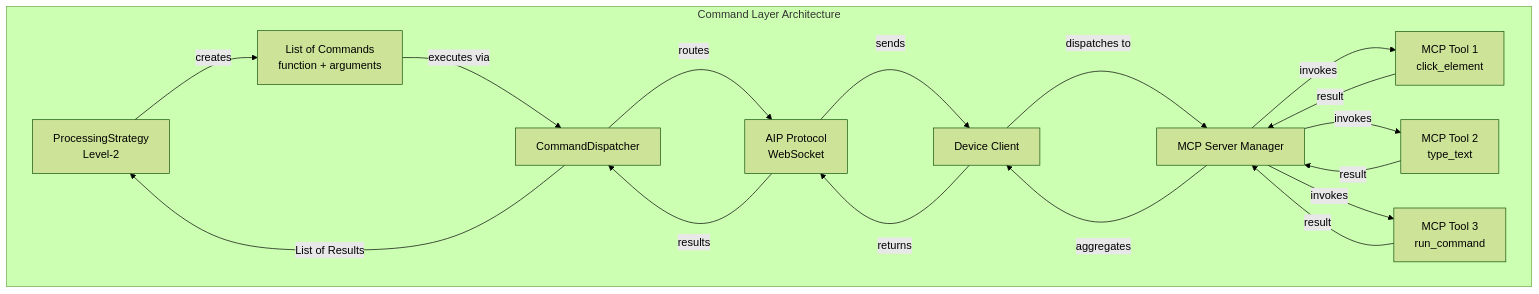
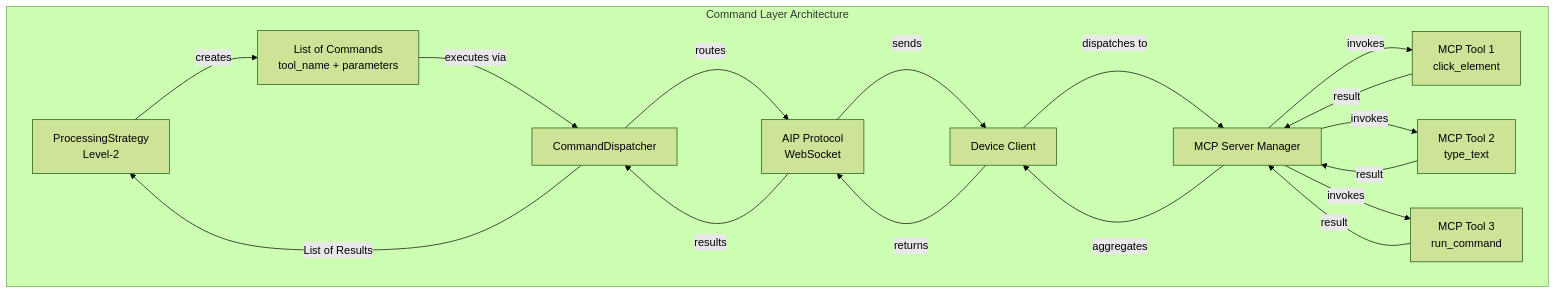
Before and after one commit to microsoft/UFO: the first of 4 diagrams in documents/docs/infrastructure/agents/design/command.md, drawn with Mermaid (forest theme). The commit also changed other lines of this file and 6 other files, not shown here.

````diff
--- a/documents/docs/infrastructure/agents/design/command.md
+++ b/documents/docs/infrastructure/agents/design/command.md
@@ -18,24 +15,24 @@
 ```mermaid
 graph TB
     subgraph "Command Layer Architecture"
-        Strategy[ProcessingStrategy<br/>Level-2] -->|creates| Commands[List of Commands<br/>function + arguments]
+        Strategy[ProcessingStrategy<br/>Level-2] -->|creates| Commands[List of Commands<br/>tool_name + parameters]
         Commands -->|executes via| Dispatcher[CommandDispatcher]
         
         Dispatcher -->|routes| AIP[AIP Protocol<br/>WebSocket]
         AIP -->|sends| Client[Device Client]
         
         Client -->|dispatches to| MCP[MCP Server Manager]
         MCP -->|invokes| Tool1[MCP Tool 1<br/>click_element]
         MCP -->|invokes| Tool2[MCP Tool 2<br/>type_text]
         MCP -->|invokes| Tool3[MCP Tool 3<br/>run_command]
         
         Tool1 -->|result| MCP
         Tool2 -->|result| MCP
         Tool3 -->|result| MCP
         
         MCP -->|aggregates| Client
         Client -->|returns| AIP
         AIP -->|results| Dispatcher
         Dispatcher -->|List of Results| Strategy
     end
 ```
````
